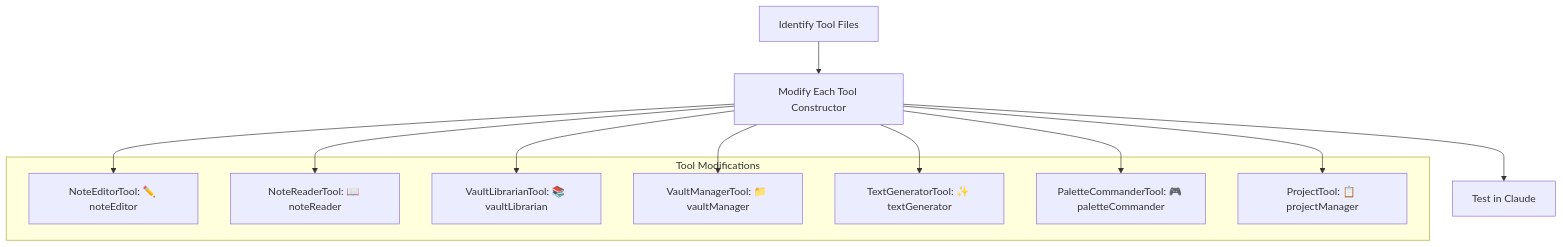
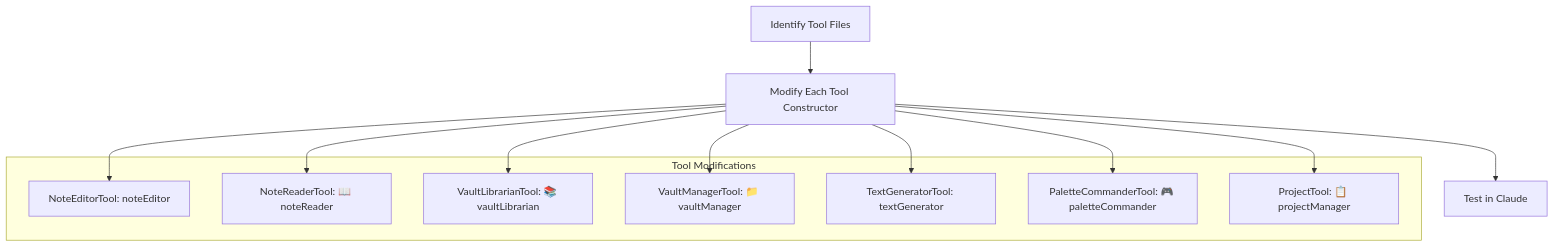
One commit to ProfSynapse/claudesidian-mcp changed the diagram in emoji-tool-plan.md. Above: the diagram before and after it, drawn with Mermaid. The commit also changed other lines of this file and 11 other files, not shown here.

````diff
--- a/emoji-tool-plan.md
+++ b/emoji-tool-plan.md
@@ -8,23 +8,23 @@
 ```mermaid
 graph TD
     A[Identify Tool Files] --> B[Modify Each Tool Constructor]
     B --> C[Test in Claude]
     
     subgraph "Tool Modifications"
-        D1[NoteEditorTool: ✏️ noteEditor]
+        D1[NoteEditorTool: noteEditor]
         D2[NoteReaderTool: 📖 noteReader]
         D3[VaultLibrarianTool: 📚 vaultLibrarian]
         D4[VaultManagerTool: 📁 vaultManager]
-        D5[TextGeneratorTool: ✨ textGenerator]
+        D5[TextGeneratorTool: textGenerator]
         D6[PaletteCommanderTool: 🎮 paletteCommander]
         D7[ProjectTool: 📋 projectManager]
     end
     
     B --> D1
     B --> D2
     B --> D3
     B --> D4
     B --> D5
     B --> D6
     B --> D7
 ```
````
